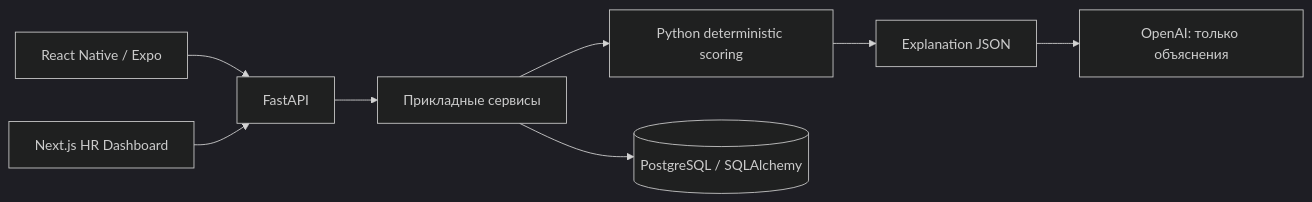
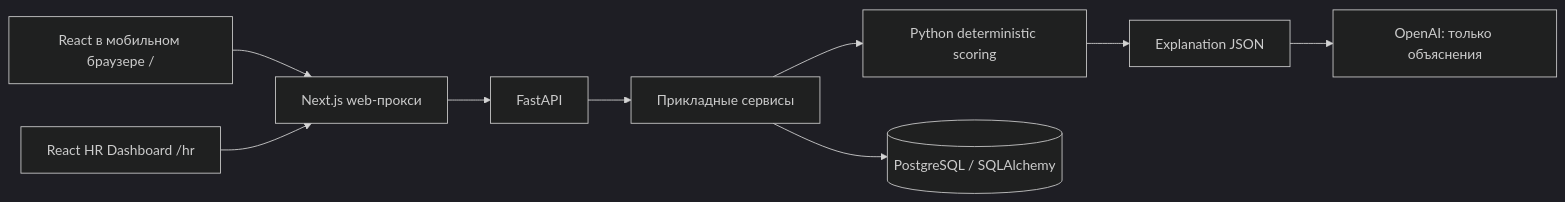
One commit to BAITC-Hacks/hack-1e16bce7-daniyal changed the diagram in docs/architecture.md. Above: the diagram before and after it, drawn with Mermaid (dark theme). The commit also changed other lines of this file and 18 other files, not shown here.

Commit message:
Replace native app with mobile React web experience

````diff
--- a/docs/architecture.md
+++ b/docs/architecture.md
@@ -8,10 +8,11 @@
 ```mermaid
 flowchart LR
-    Mobile[React Native / Expo] --> API[FastAPI]
-    HR[Next.js HR Dashboard] --> API
+    Mobile[React в мобильном браузере /] --> Web[Next.js web-прокси]
+    HR[React HR Dashboard /hr] --> Web
+    Web --> API[FastAPI]
     API --> Services[Прикладные сервисы]
     Services --> Engine[Python deterministic scoring]
     Services --> DB[(PostgreSQL / SQLAlchemy)]
     Engine --> Facts[Explanation JSON]
     Facts --> LLM[OpenAI: только объяснения]
 ```
````
